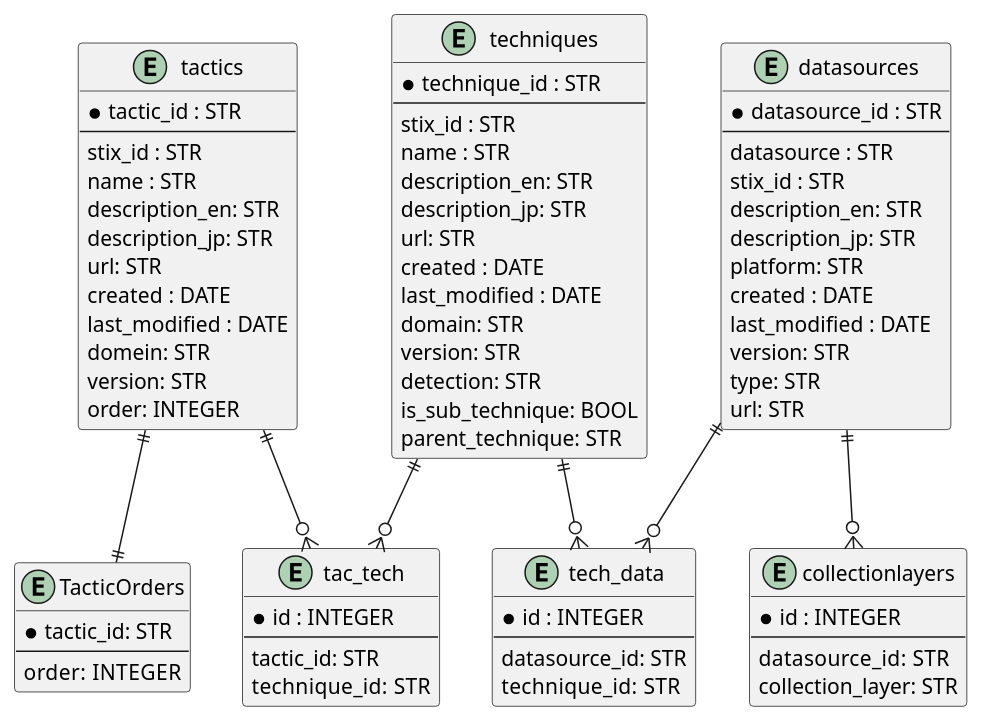
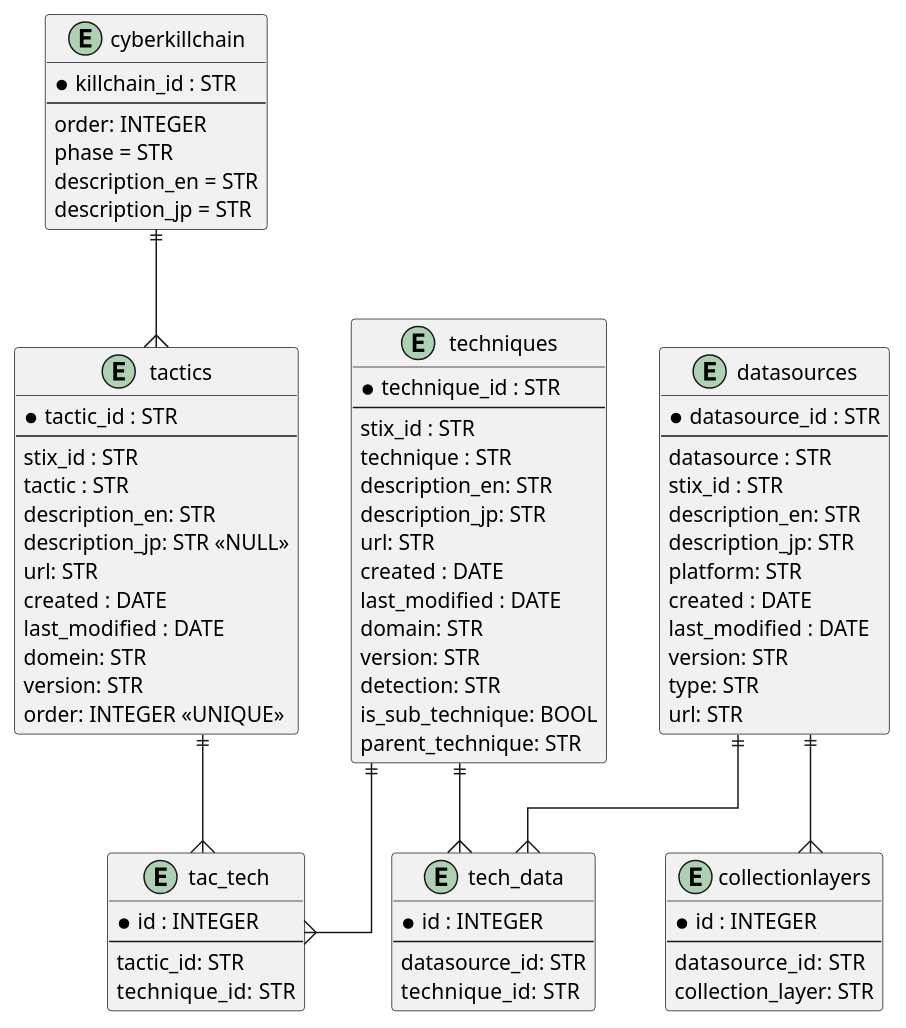
One commit to RyuichiHashimoto/attack-db changed the diagram in uml/ER.puml. Above: the diagram before and after it, drawn with PlantUML. The commit also changed 2 other files, not shown here.

```diff
--- a/uml/ER.puml
+++ b/uml/ER.puml
@@ -1,90 +1,94 @@
 @startuml
+skinparam linetype ortho
 
 entity tactics {
   * tactic_id : STR
   ---
   stix_id : STR
-  name : STR
+  tactic : STR
   description_en: STR
-  description_jp: STR
+  description_jp: STR <<NULL>>
   url: STR
-  created : DATE
+  created : DATE 
   last_modified : DATE
-  domein: STR
+  domein: STR 
   version: STR
-  order: INTEGER
-}
-
-entity TacticOrders {
-  * tactic_id: STR
-  ---
-  order:  INTEGER
+  order: INTEGER <<UNIQUE>>
 }
 
 
 entity tac_tech {
   * id : INTEGER
   ---
   tactic_id: STR
   technique_id:  STR
 }
 
 entity techniques {
   * technique_id : STR
   ---
   stix_id : STR
-  name : STR
+  technique : STR
   description_en: STR
   description_jp: STR
   url: STR
   created : DATE
   last_modified : DATE
   domain: STR
   version: STR
   detection: STR
   is_sub_technique: BOOL
   parent_technique: STR
 }
 
 entity tech_data {
   * id : INTEGER
   ---
   datasource_id: STR
   technique_id:  STR
 }
 
 entity datasources {
   * datasource_id : STR
   ---
   datasource : STR
   stix_id : STR
   description_en: STR
   description_jp: STR
   platform: STR
   created : DATE
   last_modified : DATE
   version: STR
   type: STR
   url: STR
 }
 
+entity cyberkillchain {
+  * killchain_id : STR
+  ---
+  order: INTEGER
+  phase = STR
+  description_en = STR
+  description_jp = STR
+}
 
 entity collectionlayers {
   * id : INTEGER
   ---
   datasource_id:  STR
   collection_layer: STR  
 }
 
-tactics ||--o{ tac_tech
-tactics ||--|| TacticOrders
+tactics ||--{ tac_tech
 
-techniques ||--o{ tac_tech
-techniques ||--o{ tech_data
-datasources ||--o{ tech_data
+techniques ||--{ tac_tech
+techniques ||--{ tech_data
+datasources ||--{ tech_data
 
-datasources ||--o{ collectionlayers
+datasources ||--{ collectionlayers
+
+cyberkillchain ||--{ tactics
 
 ' techniques || 
 
 @enduml
```
